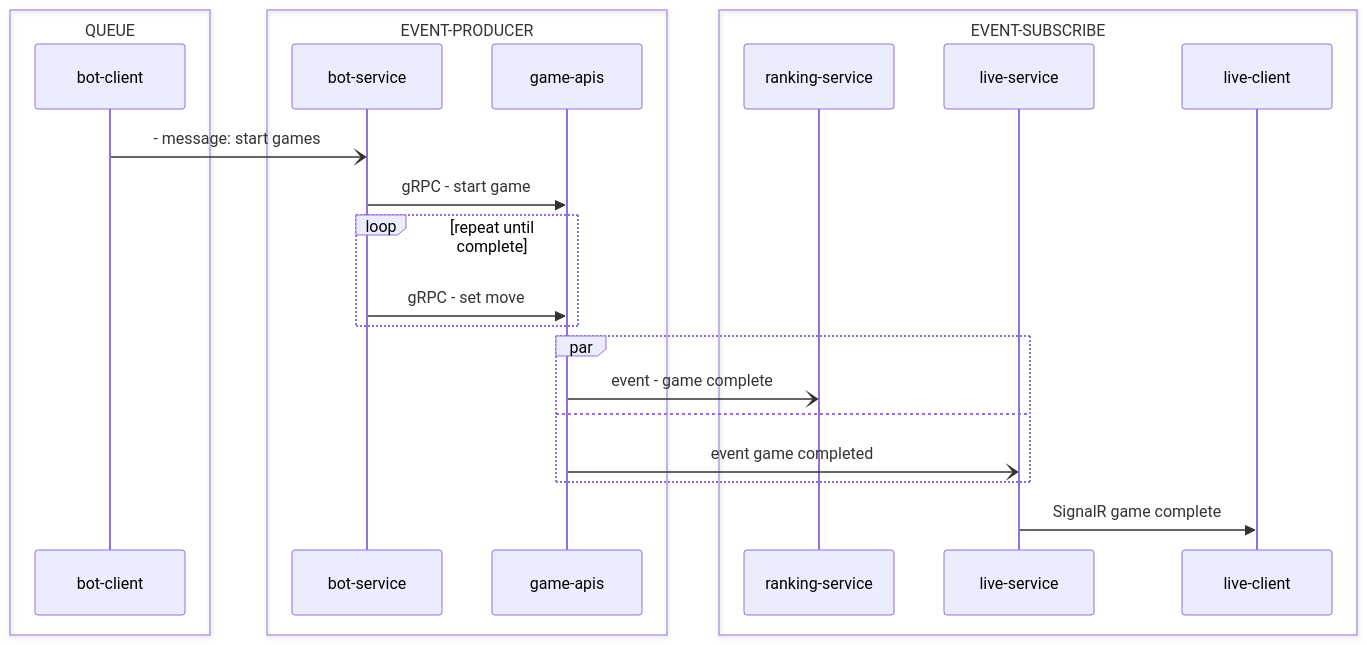
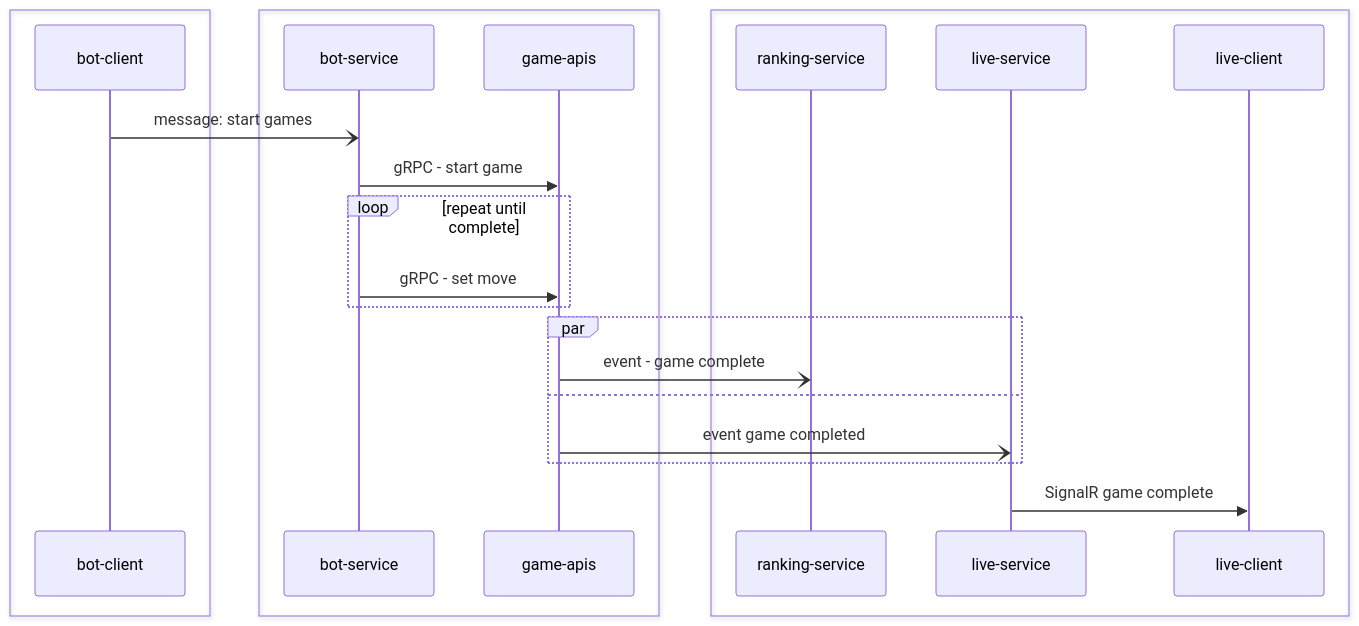
The diagram in ch15/sequence-async.md (PacktPublishing/Pragmatic-Microservices-with-CSharp-and-Azure), drawn with Mermaid before and after one commit.

Commit message:
Update sequence-async.md remove overlapping text

````diff
--- a/ch15/sequence-async.md
+++ b/ch15/sequence-async.md
@@ -1,29 +1,29 @@
 ```mermaid
 sequenceDiagram
-  box QUEUE
-  participant bot-client
+  box
+    participant bot-client
   end
 
-  box EVENT-PRODUCER
-  participant bot-service
-  participant game-apis
+  box
+    participant bot-service
+    participant game-apis
   end
 
-  box EVENT-SUBSCRIBE
-  participant ranking-service
-  participant live-service
-  participant live-client
+  box
+    participant ranking-service
+    participant live-service
+    participant live-client
   end
 
-  bot-client-)bot-service: - message: start games
+  bot-client-)bot-service: message: start games
   bot-service->>game-apis: gRPC - start game
   loop repeat until complete
     bot-service->>game-apis: gRPC - set move
   end
   par
     game-apis-)ranking-service: event - game complete
   and
     game-apis-)live-service: event game completed
   end
   live-service->>live-client: SignalR game complete
 ```
````
